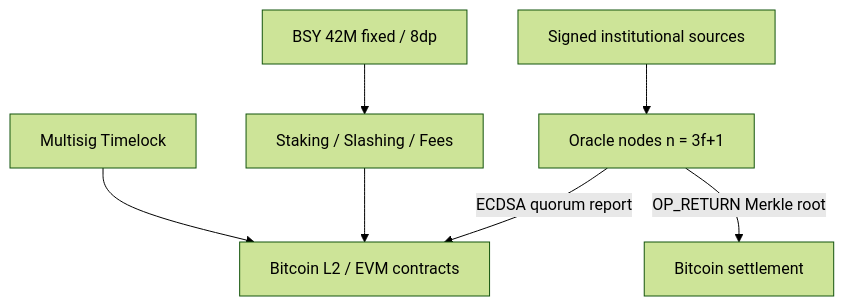
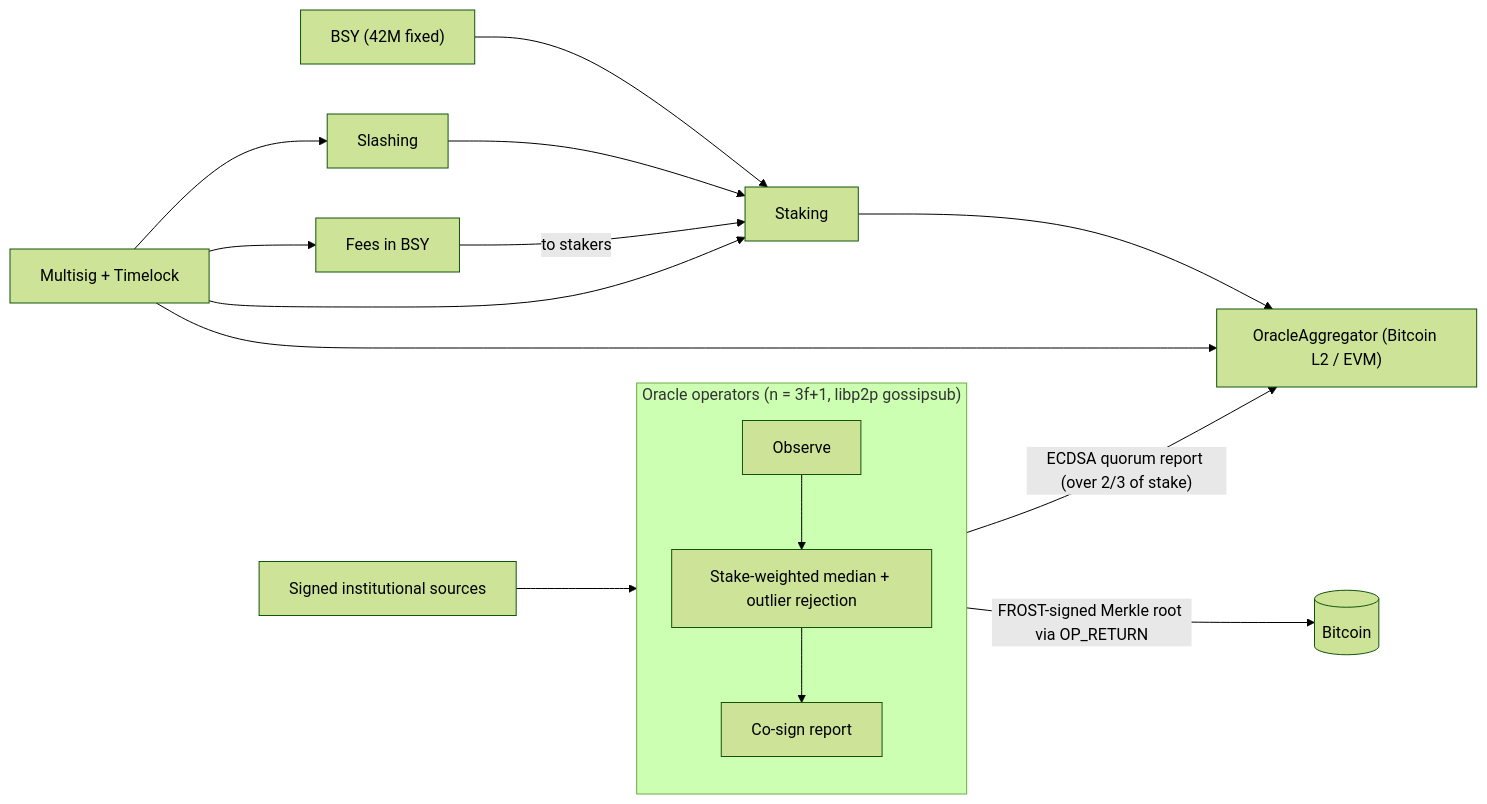
Before and after one commit to RoninGrk1/bitsync-protocol: the diagram in README.md, drawn with Mermaid (forest theme). The commit also changed other lines of this file, not shown here.

````diff
--- a/README.md
+++ b/README.md
@@ -21,9 +49,19 @@
 ```mermaid
-flowchart TB
-  SRC[Signed institutional sources] --> NODES[Oracle nodes n = 3f+1]
-  NODES -->|ECDSA quorum report| EVM[Bitcoin L2 / EVM contracts]
-  NODES -->|OP_RETURN Merkle root| BTC[Bitcoin settlement]
-  BSY[BSY 42M fixed / 8dp] --> STK[Staking / Slashing / Fees]
+flowchart LR
+  SRC["Signed institutional sources"] --> OBS
+
+  subgraph NODES["Oracle operators (n = 3f+1, libp2p gossipsub)"]
+    direction TB
+    OBS["Observe"] --> AGG["Stake-weighted median + outlier rejection"]
+    AGG --> SIGN["Co-sign report"]
+  end
+
+  SIGN -->|"ECDSA quorum report (over 2/3 of stake)"| EVM["OracleAggregator (Bitcoin L2 / EVM)"]
+  SIGN -->|"FROST-signed Merkle root via OP_RETURN"| BTC[("Bitcoin")]
+
+  BSY["BSY (42M fixed)"] --> STK["Staking"]
   STK --> EVM
-  GOV[Multisig Timelock] --> EVM
+  SLH["Slashing"] --> STK
+  FEE["Fees in BSY"] -->|"to stakers"| STK
+  GOV["Multisig + Timelock"] --> EVM & STK & SLH & FEE
 ```
````
